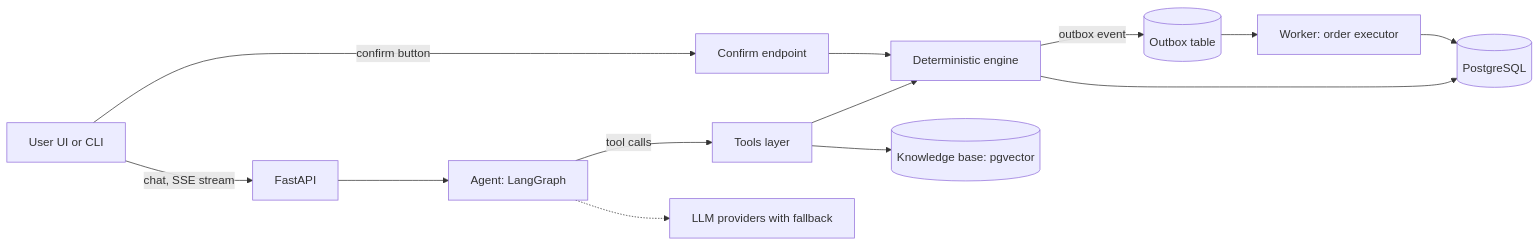
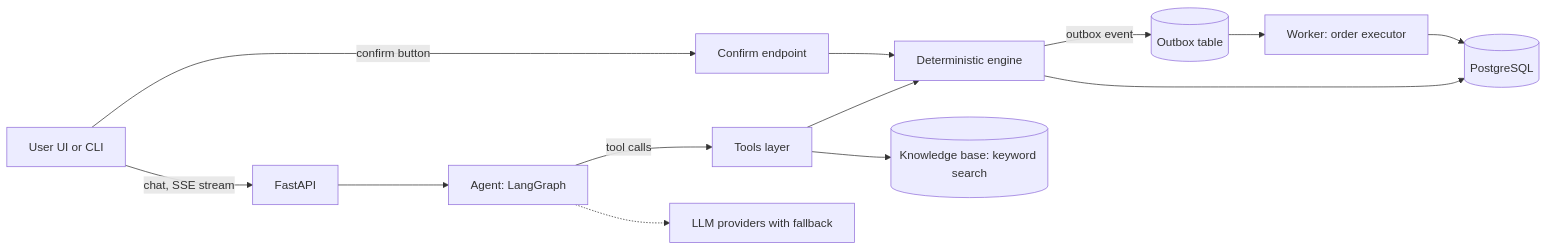
One commit to AbdLAzeem/MIZAN changed the diagram in README.md. Above: the diagram before and after it, drawn with Mermaid.

Commit message:
docs: architecture diagram says keyword search for the knowledge base

````diff
--- a/README.md
+++ b/README.md
@@ -99,15 +99,15 @@
 ```mermaid
 flowchart LR
     U[User UI or CLI] -->|chat, SSE stream| API[FastAPI]
     U -->|confirm button| CONF[Confirm endpoint]
     API --> AG[Agent: LangGraph]
     AG -->|tool calls| T[Tools layer]
     T --> ENG[Deterministic engine]
-    T --> KB[(Knowledge base: pgvector)]
+    T --> KB[(Knowledge base: keyword search)]
     ENG --> DB[(PostgreSQL)]
     CONF --> ENG
     ENG -->|outbox event| Q[(Outbox table)]
     Q --> W[Worker: order executor]
     W --> DB
     AG -.-> LLM[LLM providers with fallback]
 ```
````
